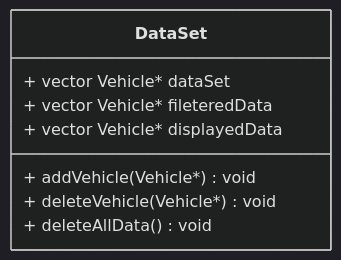
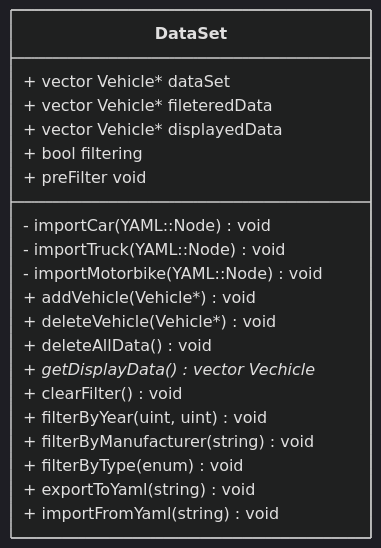
One commit to asamaranch78/swatcplusplus25Q4 changed the second of 3 diagrams in FinalProject/Readme.md. Above: the diagram before and after it, drawn with Mermaid (dark theme). The commit also changed other lines of this file and 3 other files, not shown here.

````diff
--- a/FinalProject/Readme.md
+++ b/FinalProject/Readme.md
@@ -123,11 +122,24 @@
 ```mermaid
 classDiagram
 class DataSet {
     + vector Vehicle* dataSet
     + vector Vehicle* fileteredData
     + vector Vehicle* displayedData
+    + bool filtering
+
+    - importCar(YAML::Node) void
+    - importTruck(YAML::Node) void
+    - importMotorbike(YAML::Node) void
     + addVehicle(Vehicle*) void
     + deleteVehicle(Vehicle*) void
     + deleteAllData() void
+    + getDisplayData() vector Vechicle*
+    + clearFilter() void
+    + preFilter void
+    + filterByYear(uint, uint) void
+    + filterByManufacturer (string) void
+    + filterByType(enum) void
+    + exportToYaml(string) void
+    + importFromYaml(string) void
 }
 ```
````
